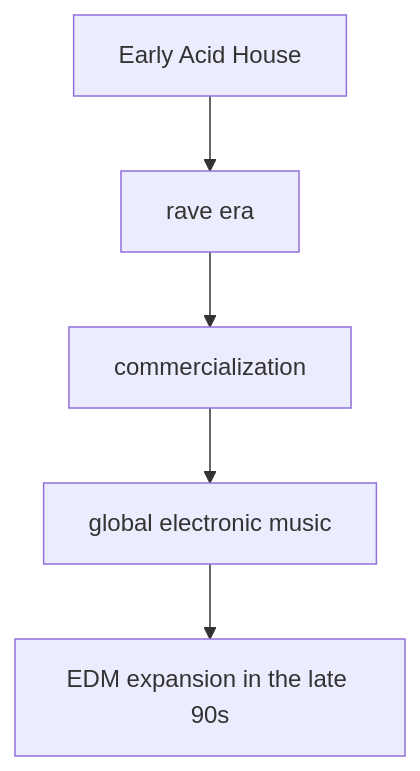
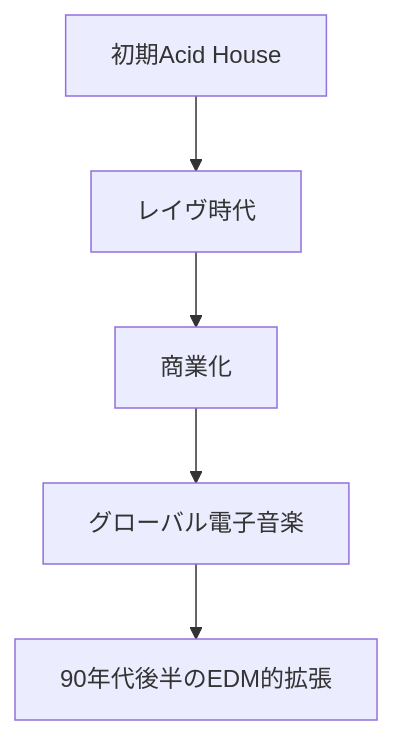
Before and after one commit to monumental-movement/monumental-movement.github.io: the tenth of 17 diagrams in en/_posts/2026-05-24-column-808-state.md, drawn with Mermaid. The commit also changed other lines of this file and 2196 other files, not shown here.

```diff
--- a/en/_posts/2026-05-24-column-808-state.md
+++ b/en/_posts/2026-05-24-column-808-state.md
@@ -376,7 +375,7 @@
 <div class="mermaid">
 flowchart TD
-A[Early Acid House] --> B[rave era]
-B --> C[commercialization]
-C --> D[global electronic music]
-D --> E[EDM expansion in the late 90s]
+A[初期Acid House] --> B[レイヴ時代]
+B --> C[商業化]
+C --> D[グローバル電子音楽]
+D --> E[90年代後半のEDM的拡張]
 </div>
```
